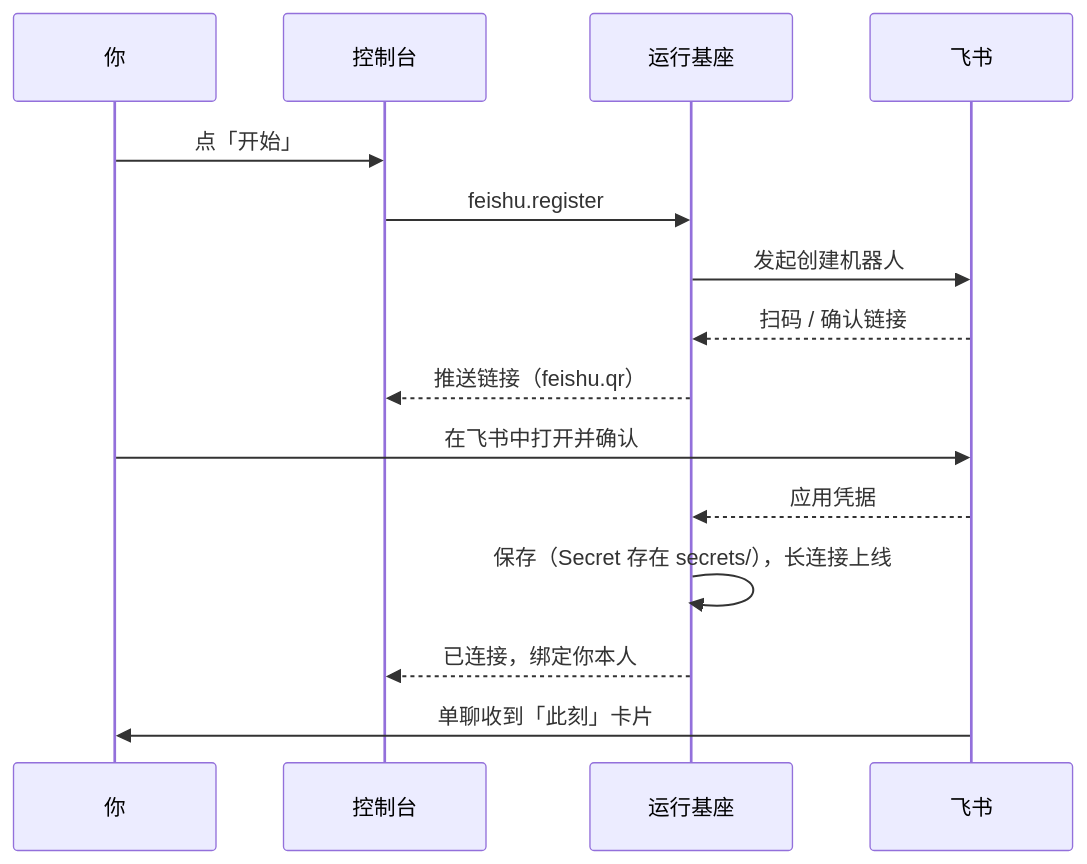
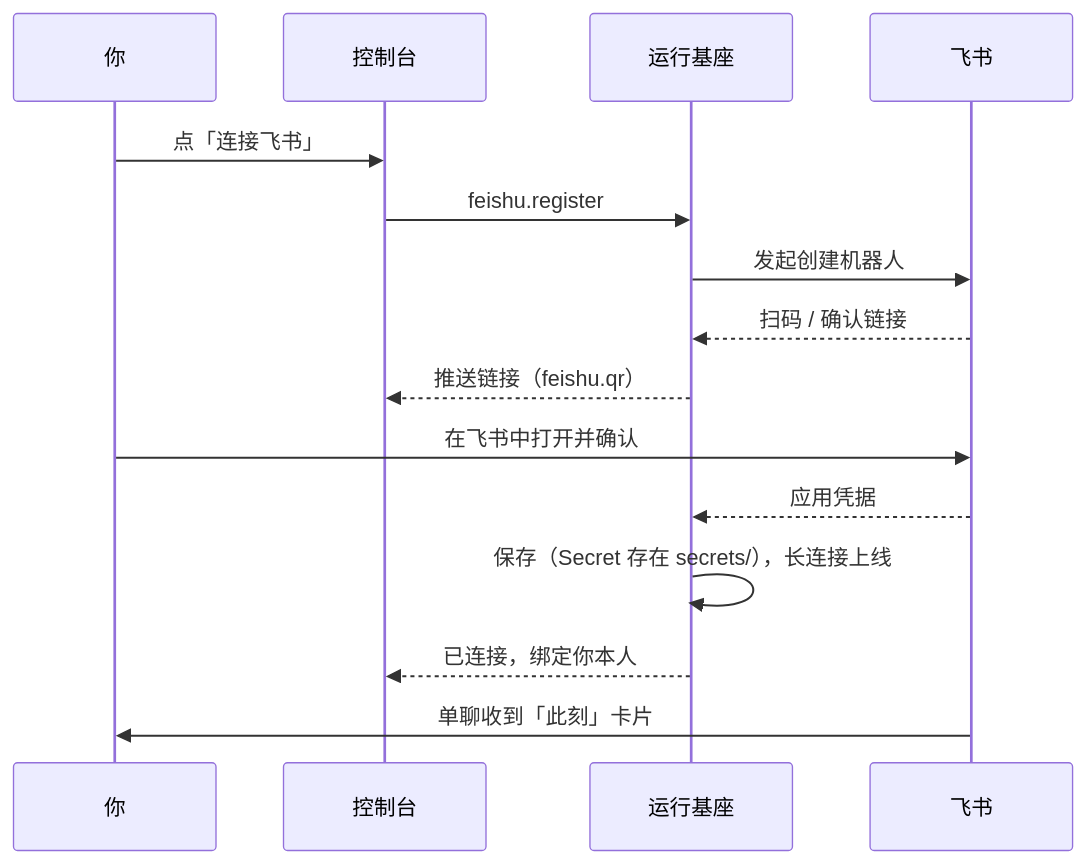
Before and after one commit to Causally-XYZ/Project.Quetzal: the diagram in website/content/docs/zh/guide/feishu.md, drawn with Mermaid. The commit also changed other lines of this file and 36 other files, not shown here.

````diff
--- a/website/content/docs/zh/guide/feishu.md
+++ b/website/content/docs/zh/guide/feishu.md
@@ -19,17 +19,17 @@
 ```mermaid
 sequenceDiagram
   participant U as 你
   participant A as 控制台
   participant R as 运行基座
   participant F as 飞书
-  U->>A: 点「开始」
+  U->>A: 点「连接飞书」
   A->>R: feishu.register
   R->>F: 发起创建机器人
   F-->>R: 扫码 / 确认链接
   R-->>A: 推送链接（feishu.qr）
   U->>F: 在飞书中打开并确认
   F-->>R: 应用凭据
   R->>R: 保存（Secret 存在 secrets/），长连接上线
   R-->>A: 已连接，绑定你本人
   F->>U: 单聊收到「此刻」卡片
 ```
````
